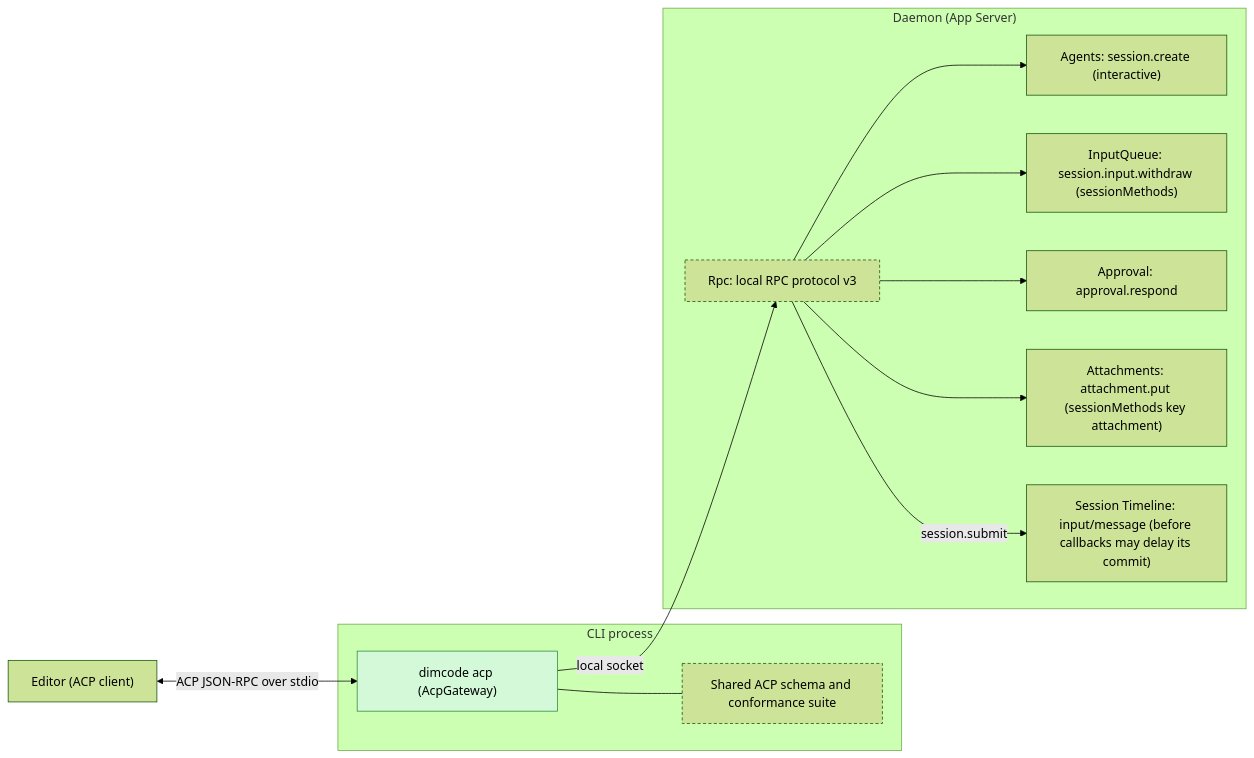
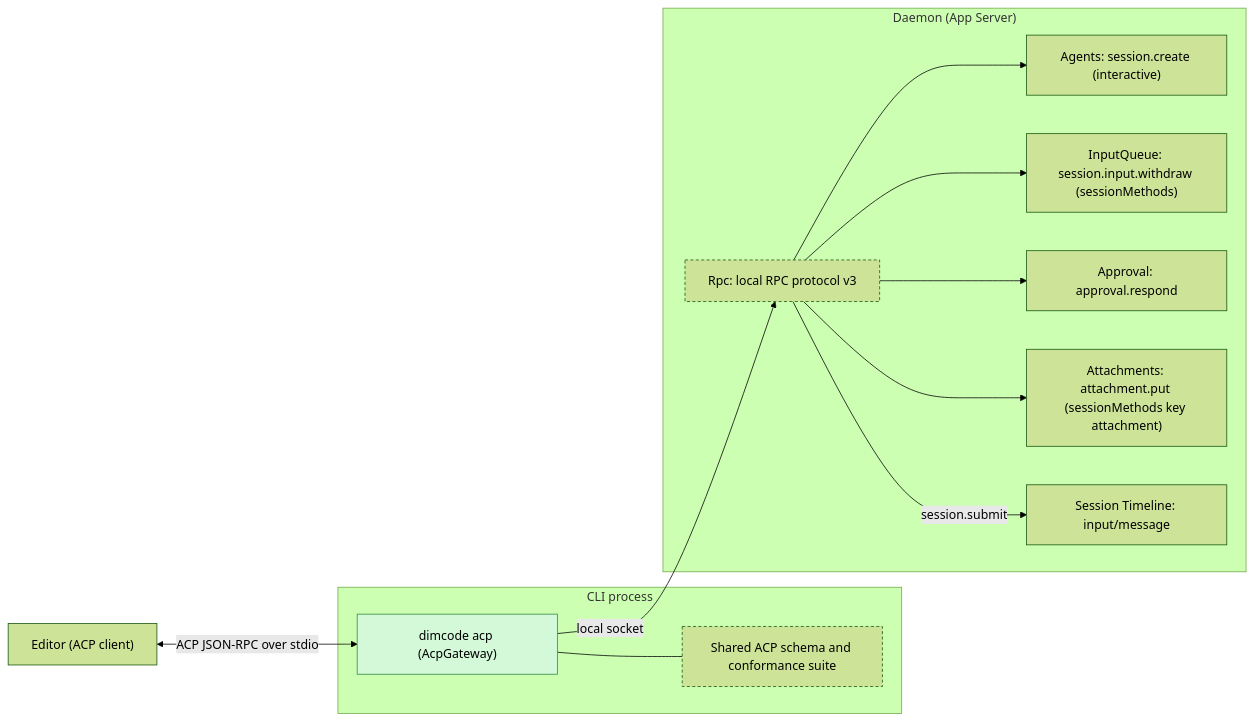
Before and after one commit to CoutinhoTTS/dim-agent: the first of 5 diagrams in docs/design/plugins/AcpGateway.md, drawn with Mermaid (forest theme). The commit also changed other lines of this file and 7 other files, not shown here.

````diff
--- a/docs/design/plugins/AcpGateway.md
+++ b/docs/design/plugins/AcpGateway.md
@@ -11,26 +9,26 @@
 ```mermaid
 flowchart LR
   classDef new fill:#d3f9d8,stroke:#2b8a3e,color:#000
   classDef contract stroke-dasharray:4 3
   Editor["Editor (ACP client)"]
   subgraph cli["CLI process"]
     GW["dimcode acp (AcpGateway)"]:::new
     Schema["Shared ACP schema and conformance suite"]:::contract
   end
   subgraph daemon["Daemon (App Server)"]
     Rpc["Rpc: local RPC protocol v3"]:::contract
     Agents["Agents: session.create (interactive)"]
     IQ["InputQueue: session.input.withdraw (sessionMethods)"]
     Appr["Approval: approval.respond"]
     Att["Attachments: attachment.put (sessionMethods key attachment)"]
-    TLD["Session Timeline: input/message (before callbacks may delay its commit)"]
+    TLD["Session Timeline: input/message"]
   end
   Editor <-->|"ACP JSON-RPC over stdio"| GW
   GW --- Schema
   GW -->|"local socket"| Rpc
   Rpc --> Agents
   Rpc --> IQ
   Rpc --> Appr
   Rpc --> Att
   Rpc -->|"session.submit"| TLD
 ```
````
